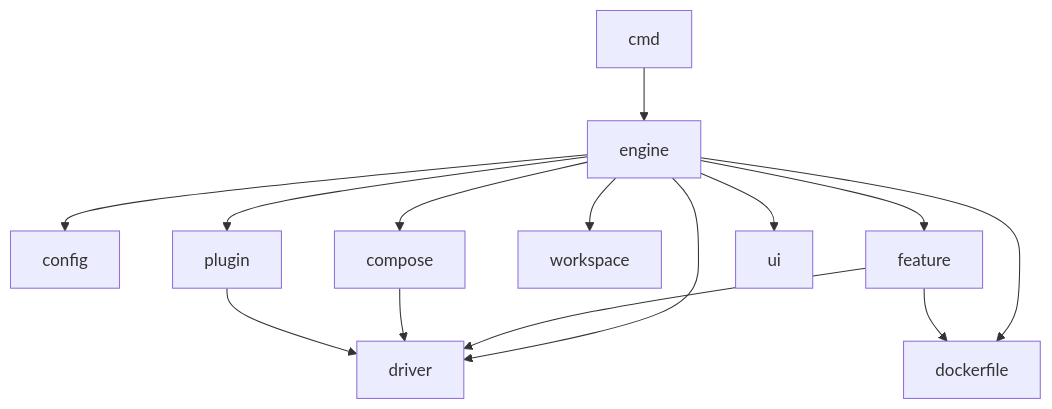
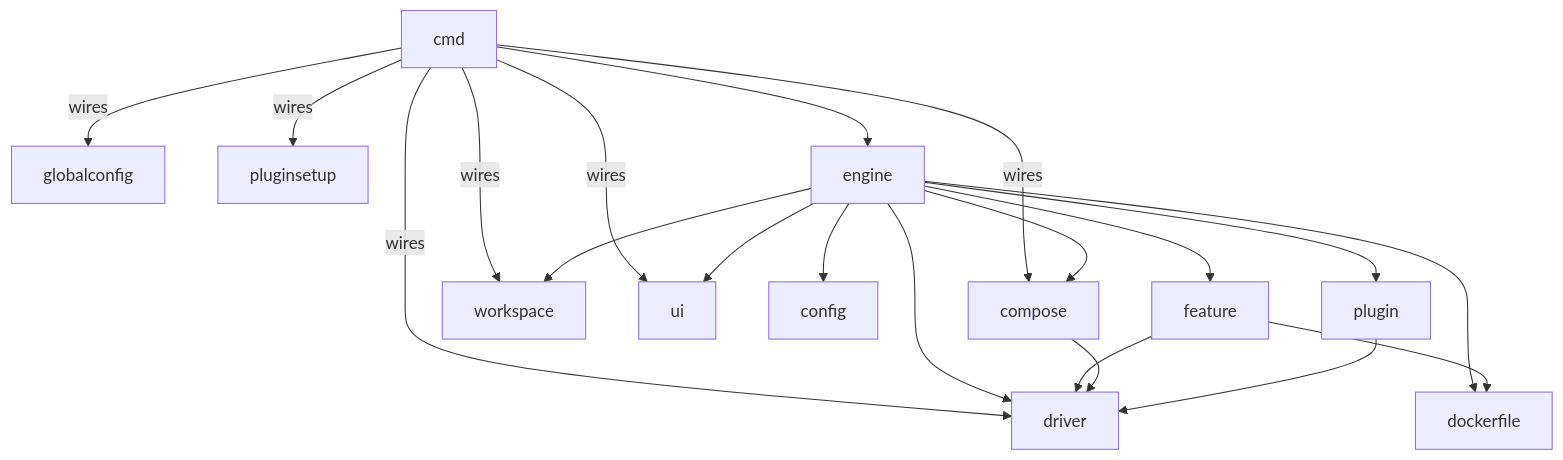
One commit to fgrehm/crib changed the diagram in ARCHITECTURE.md. Above: the diagram before and after it, drawn with Mermaid. The commit also changed other lines of this file, not shown here.

Commit message:
docs(architecture): fix dependency story and lock list
Correct two inaccuracies caught in PR review:

- cmd does import siblings of engine (driver, compose, workspace,
  globalconfig, pluginsetup, ui). Reframe cmd as the composition root
  that wires runtime dependencies and injects them into engine. Update
  the mermaid graph to show the wiring edges.
- Add stop to the list of state-mutating commands that acquire the
  workspace lock; cmd/stop.go takes the lock too.

````diff
--- a/ARCHITECTURE.md
+++ b/ARCHITECTURE.md
@@ -53,16 +53,22 @@
 ```mermaid
 graph TD
+  cmd -- "wires" --> driver
+  cmd -- "wires" --> compose
+  cmd -- "wires" --> workspace
+  cmd -- "wires" --> globalconfig
+  cmd -- "wires" --> pluginsetup
+  cmd -- "wires" --> ui
   cmd --> engine
   engine --> config
   engine --> feature
   engine --> driver
   engine --> compose
   engine --> dockerfile
   engine --> workspace
   engine --> plugin
   engine --> ui
   feature --> driver
   feature --> dockerfile
   compose --> driver
   plugin --> driver
 ```
````
